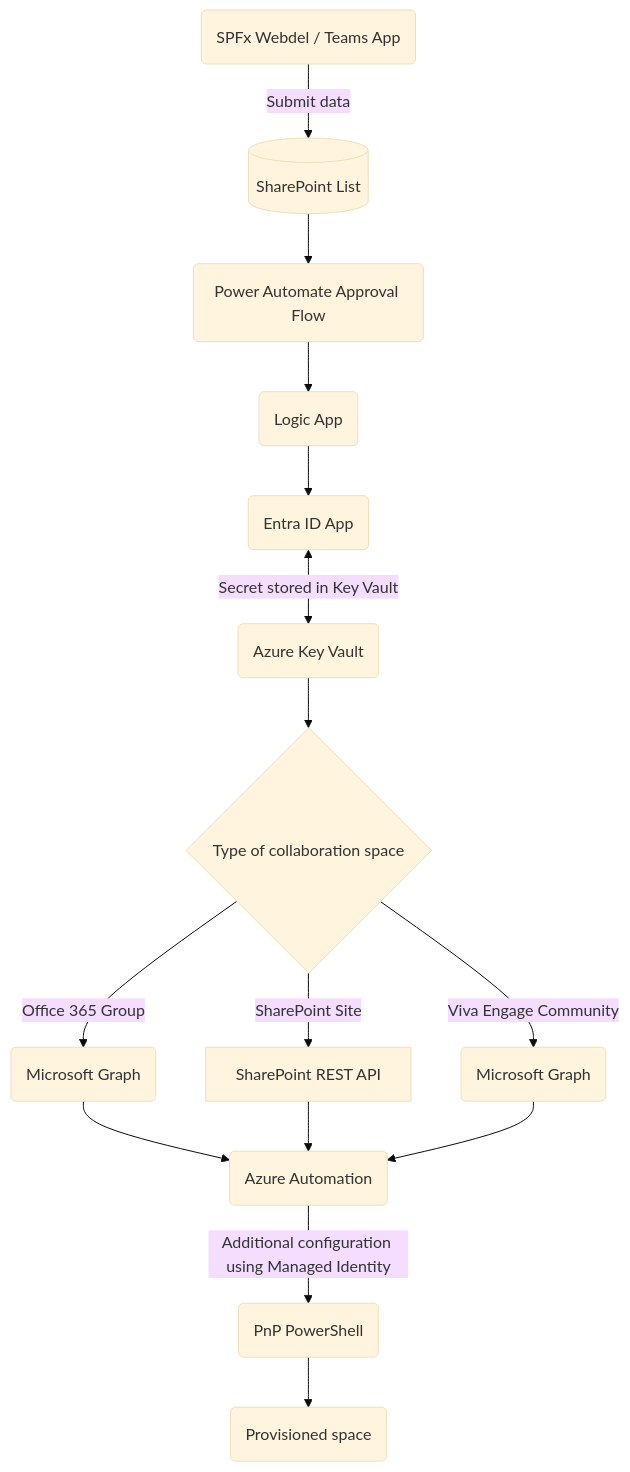
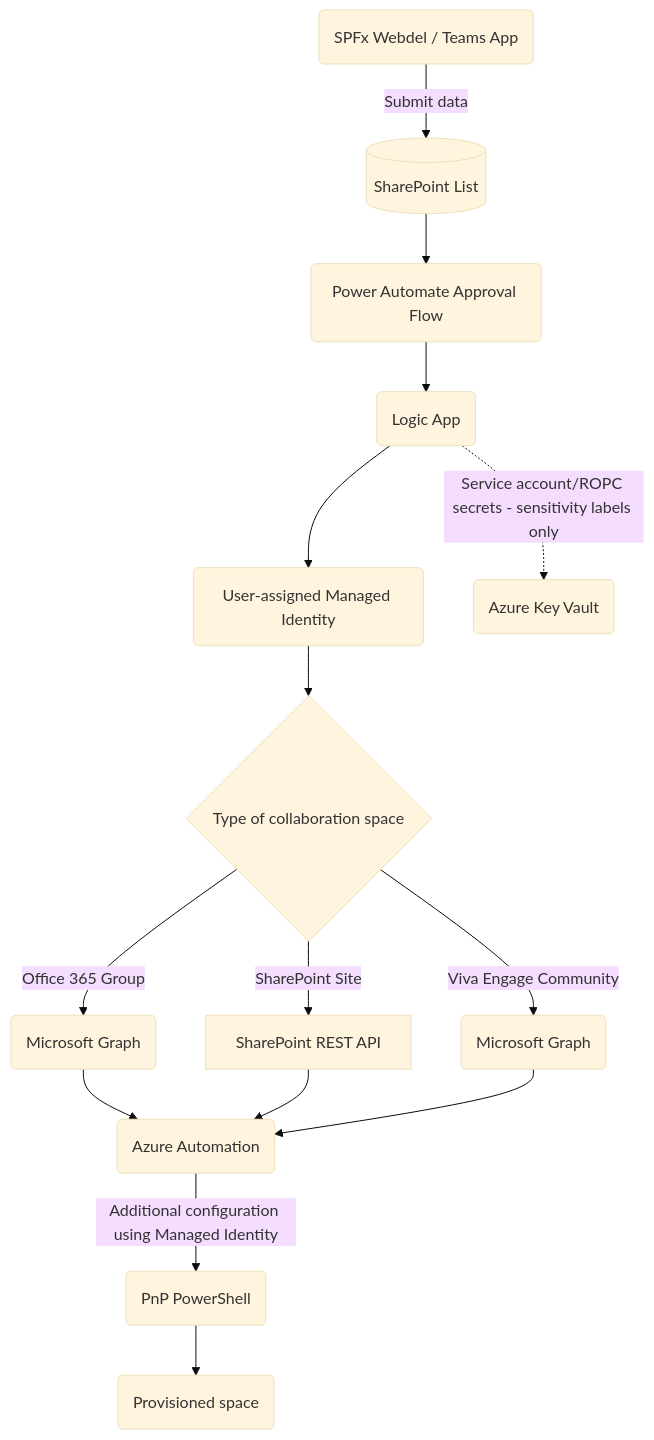
One commit to Puzzlepart/bestillingsportalen changed the first of 2 diagrams in Architecture.md. Above: the diagram before and after it, drawn with Mermaid (base theme). The commit also changed other lines of this file and 25 other files, not shown here.

First line of the commit message:
Migrer Logic Apps fra client secret/sertifikat til user-assigned managed identity

```````diff
--- a/Architecture.md
+++ b/Architecture.md
@@ -7,10 +7,11 @@
 ``` mermaid
 graph TD
-    A(SPFx Webdel / Teams App) --> | Submit data | B[(SharePoint List)] --> C(Power Automate Approval Flow) --> D(Logic App) --> E(Entra ID App) <--> | Secret stored in Key Vault | F(Azure Key Vault) --> G{Type of collaboration space} --> |SharePoint Site| H[SharePoint REST API] 
+    A(SPFx Webdel / Teams App) --> | Submit data | B[(SharePoint List)] --> C(Power Automate Approval Flow) --> D(Logic App) --> E(User-assigned Managed Identity) --> G{Type of collaboration space} --> |SharePoint Site| H[SharePoint REST API]
+    D -.-> | Service account/ROPC secrets - sensitivity labels only | F(Azure Key Vault)
     G --> | Office 365 Group | I(Microsoft Graph)
-    G --> | Viva Engage Community | J(Microsoft Graph) 
+    G --> | Viva Engage Community | J(Microsoft Graph)
     I --> K(Azure Automation)
     H --> K
     J --> K
     K --> | Additional configuration using Managed Identity | L(PnP PowerShell) --> M(Provisioned space)
-``````
+```
```````
